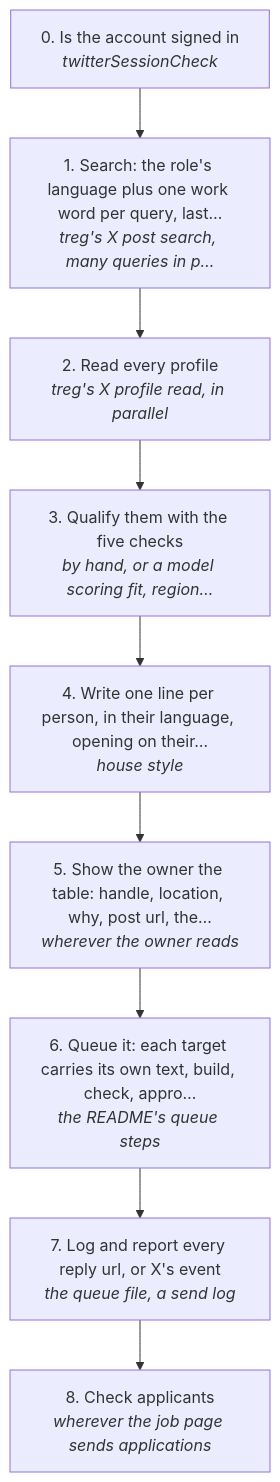
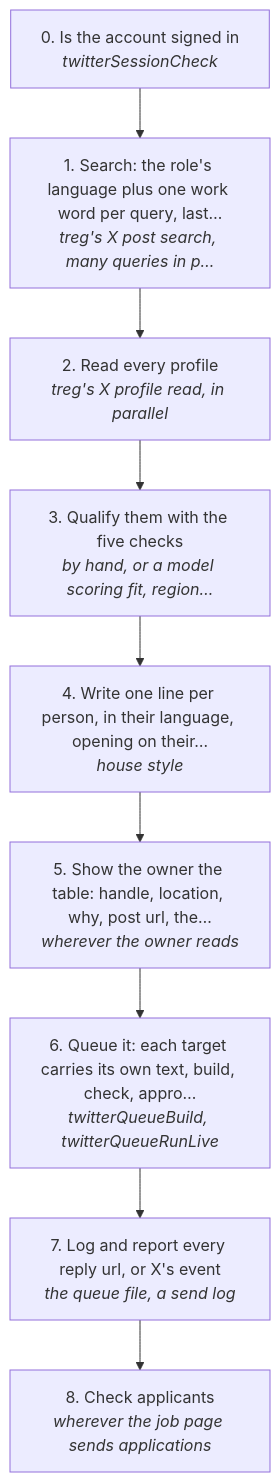
One commit to matthewdonsemail-lab/log changed the diagram in docs/useCases/twitter/recruiting.md. Above: the diagram before and after it, drawn with Mermaid. The commit also changed other lines of this file and 94 other files, not shown here.

````diff
--- a/docs/useCases/twitter/recruiting.md
+++ b/docs/useCases/twitter/recruiting.md
@@ -32,20 +34,20 @@
 ```mermaid
 flowchart TD
   s0["0. Is the account signed in<br/><i>twitterSessionCheck</i>"]
   s1["1. Search: the role's language plus one work word per query, last…<br/><i>treg's X post search, many queries in p…</i>"]
   s2["2. Read every profile<br/><i>treg's X profile read, in parallel</i>"]
   s3["3. Qualify them with the five checks<br/><i>by hand, or a model scoring fit, region…</i>"]
   s4["4. Write one line per person, in their language, opening on their…<br/><i>house style</i>"]
   s5["5. Show the owner the table: handle, location, why, post url, the…<br/><i>wherever the owner reads</i>"]
-  s6["6. Queue it: each target carries its own text, build, check, appro…<br/><i>the README's queue steps</i>"]
+  s6["6. Queue it: each target carries its own text, build, check, appro…<br/><i>twitterQueueBuild, twitterQueueRunLive</i>"]
   s7["7. Log and report every reply url, or X's event<br/><i>the queue file, a send log</i>"]
   s8["8. Check applicants<br/><i>wherever the job page sends applications</i>"]
   s0 --> s1
   s1 --> s2
   s2 --> s3
   s3 --> s4
   s4 --> s5
   s5 --> s6
   s6 --> s7
   s7 --> s8
 ```
````
